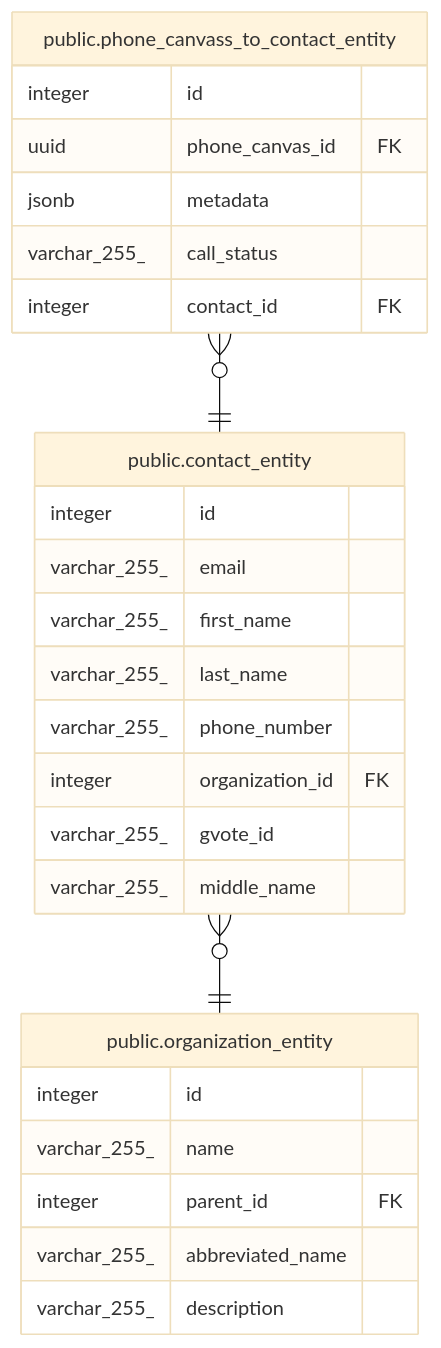
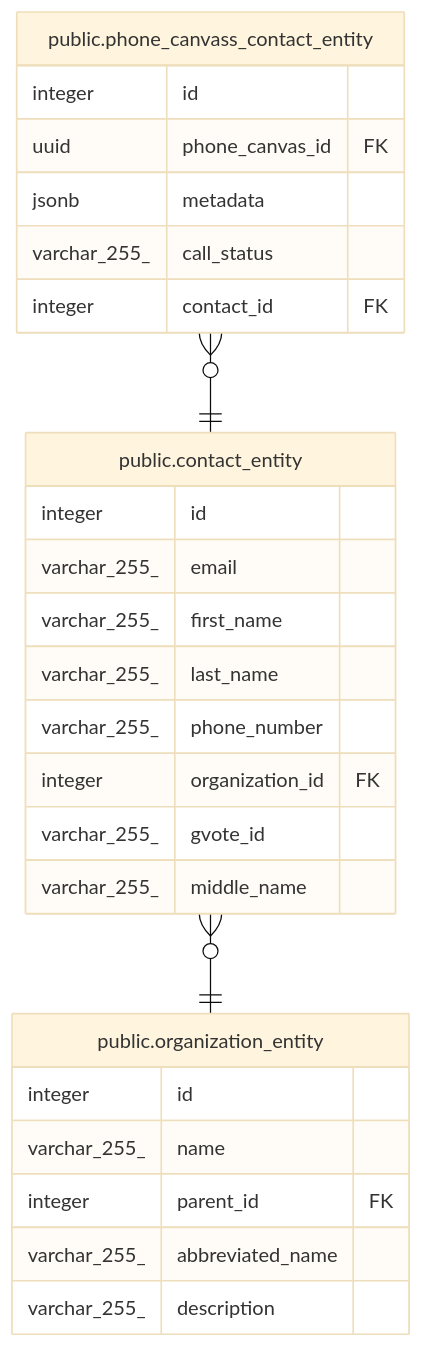
The diagram in doc/schema/public.contact_entity.md (gpo/grassroots), drawn with Mermaid (base theme) before and after one commit. The commit also changed other lines of this file and 5 other files, not shown here.

````diff
--- a/doc/schema/public.contact_entity.md
+++ b/doc/schema/public.contact_entity.md
@@ -39,31 +39,31 @@
 ```mermaid
 erDiagram
 
-"public.phone_canvass_to_contact_entity" }o--|| "public.contact_entity" : ""
+"public.phone_canvass_contact_entity" }o--|| "public.contact_entity" : ""
 "public.contact_entity" }o--|| "public.organization_entity" : ""
 
 "public.contact_entity" {
   integer id
   varchar_255_ email
   varchar_255_ first_name
   varchar_255_ last_name
   varchar_255_ phone_number
   integer organization_id FK
   varchar_255_ gvote_id
   varchar_255_ middle_name
 }
-"public.phone_canvass_to_contact_entity" {
+"public.phone_canvass_contact_entity" {
   integer id
   uuid phone_canvas_id FK
   jsonb metadata
   varchar_255_ call_status
   integer contact_id FK
 }
 "public.organization_entity" {
   integer id
   varchar_255_ name
   integer parent_id FK
   varchar_255_ abbreviated_name
   varchar_255_ description
 }
 ```
````
